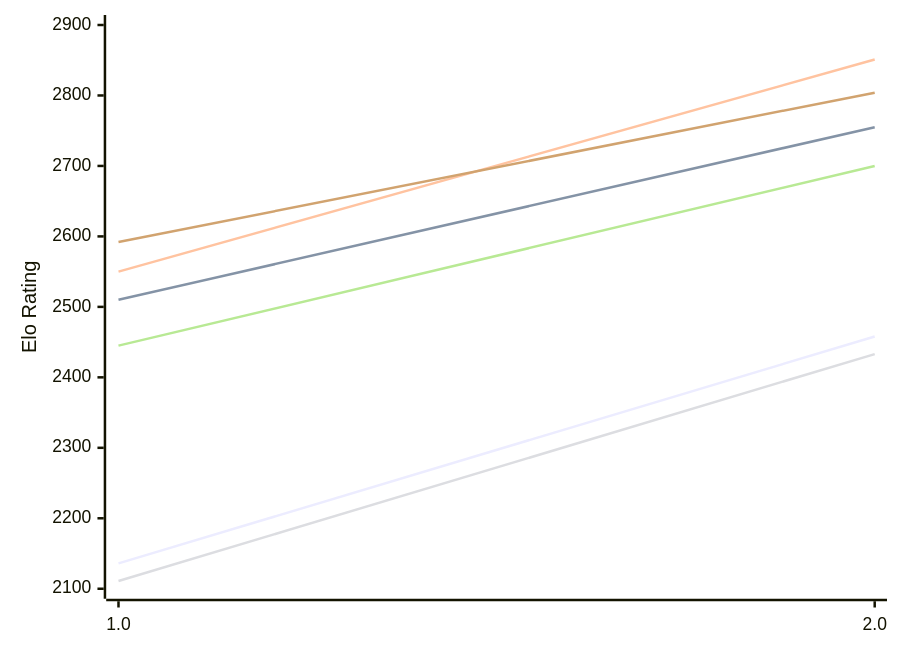
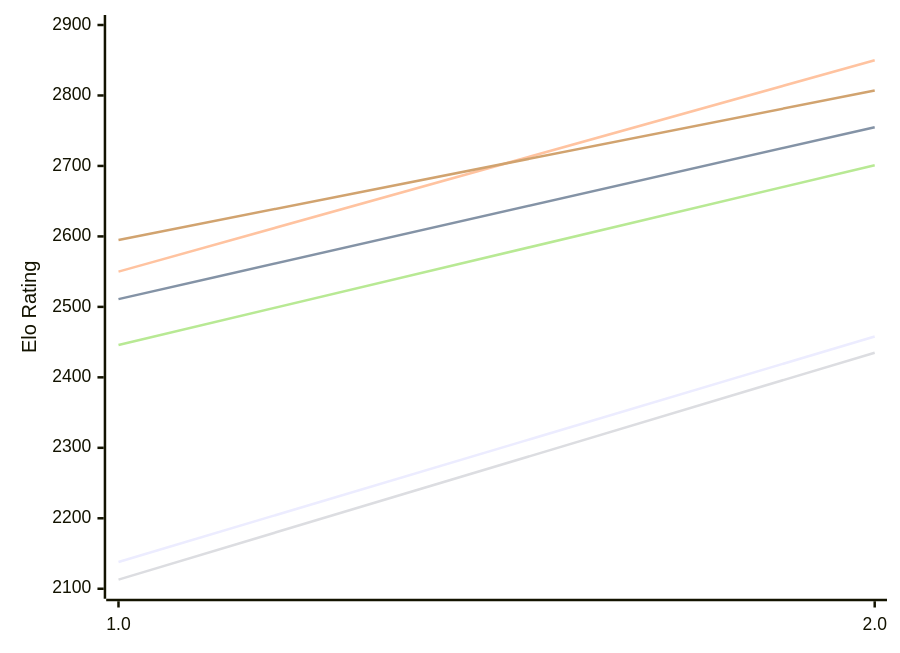
Before and after one commit to computer-chess-index/cci: the first of 2 diagrams in engines/Revolver.md, drawn with Mermaid. The commit also changed other lines of this file, not shown here.

Commit message:
Update CCI Ratings (ELO VLTC) - 2026-11-19

````diff
--- a/engines/Revolver.md
+++ b/engines/Revolver.md
@@ -50,12 +50,12 @@
 ```mermaid
 %%{init: {"theme":"base","themeVariables":{"seriesColors:['#a3a3a3','#222221','#faa371']}}}%%
 xychart-beta
   x-axis ["1.0", "2.0"]
   y-axis "Elo Rating" 2100 --> 2900
-  line "E1: STC (8.0+0.08s)" [2136, 2458]
-  line "E1: LTC (60.0+0.60s)" [2510, 2755]
-  line "E1: VLTC (2m24s+1.12s)" [2550, 2851]
-  line "P1: STC (8.0+0.08s)" [2111, 2433]
-  line "P1: LTC (60.0+0.60s)" [2445, 2700]
-  line "P1: VLTC (2m24s+1.12s)" [2592, 2804]
+  line "E1: STC (8.0+0.08s)" [2138, 2458]
+  line "E1: LTC (60.0+0.60s)" [2511, 2755]
+  line "E1: VLTC (2m24s+1.12s)" [2550, 2850]
+  line "P1: STC (8.0+0.08s)" [2113, 2435]
+  line "P1: LTC (60.0+0.60s)" [2446, 2701]
+  line "P1: VLTC (2m24s+1.12s)" [2595, 2807]
 ```
````
